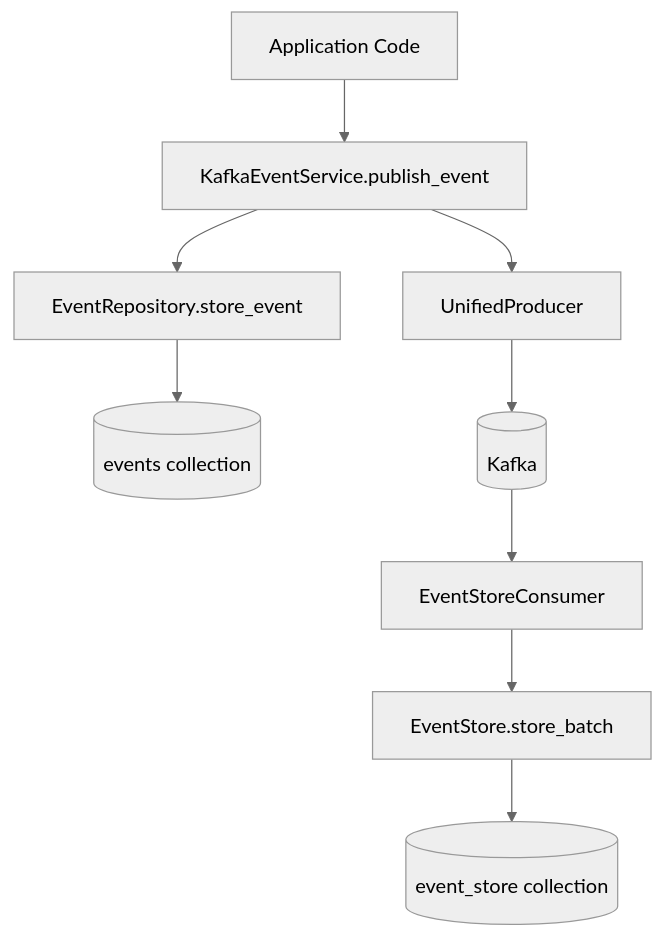
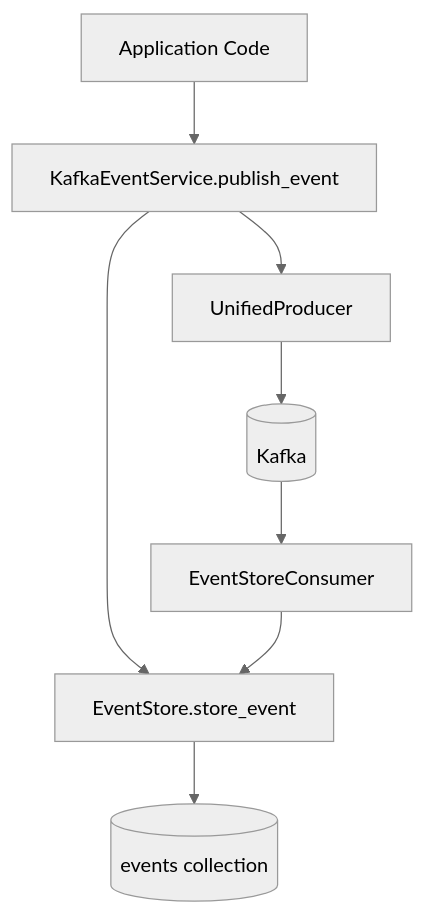
Before and after one commit to HardMax71/Integr8sCode: the diagram in docs/architecture/event-storage.md, drawn with Mermaid (neutral theme). The commit also changed other lines of this file and 14 other files, not shown here.

````diff
--- a/docs/architecture/event-storage.md
+++ b/docs/architecture/event-storage.md
@@ -29,11 +63,10 @@
 ```mermaid
 graph TD
     App[Application Code] --> KES[KafkaEventService.publish_event]
-    KES --> ER[EventRepository.store_event]
-    ER --> Events[(events collection)]
+    KES --> ES[EventStore.store_event]
+    ES --> Events[(events collection)]
     KES --> Producer[UnifiedProducer]
     Producer --> Kafka[(Kafka)]
     Kafka --> ESC[EventStoreConsumer]
-    ESC --> ES[EventStore.store_batch]
-    ES --> EventStore[(event_store collection)]
+    ESC --> ES
 ```
````
